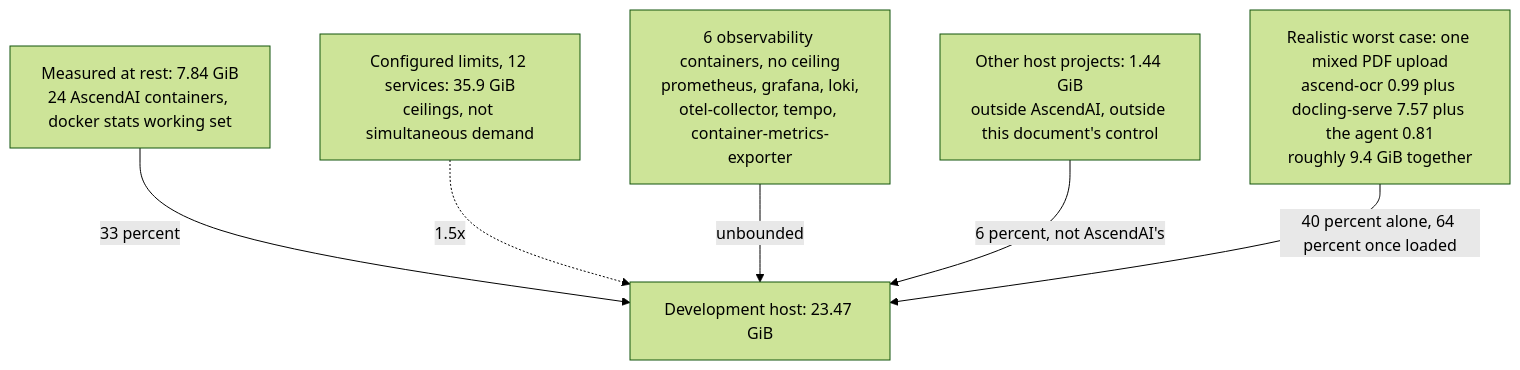
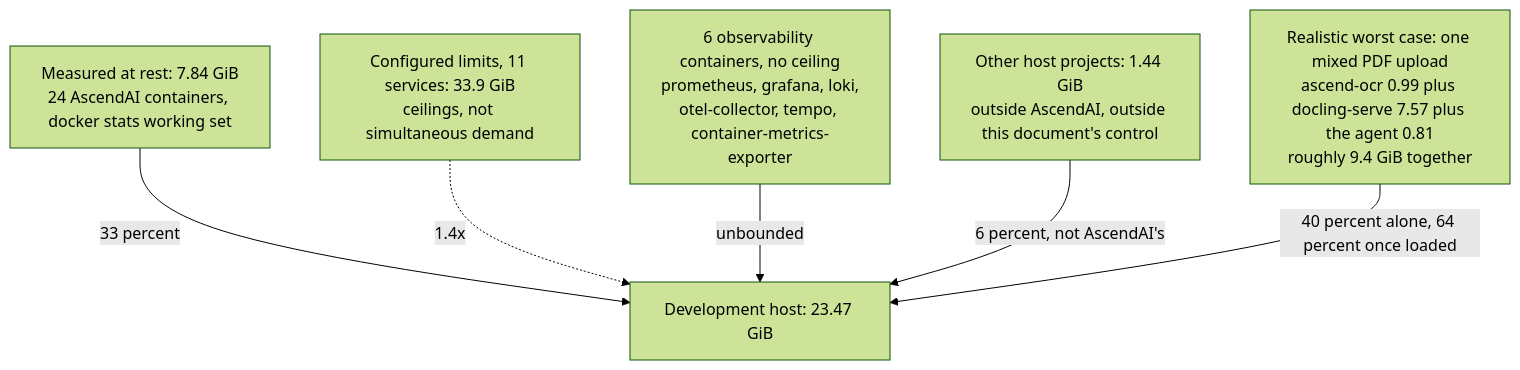
One commit to Lukk17/AscendAI changed the diagram in docs/architecture/memory-budget.md. Above: the diagram before and after it, drawn with Mermaid (forest theme). The commit also changed other lines of this file and 17 other files, not shown here.

````diff
--- a/docs/architecture/memory-budget.md
+++ b/docs/architecture/memory-budget.md
@@ -265,18 +265,18 @@
 ```mermaid
 graph TB
     accTitle: AscendAI memory budget against host capacity
-    accDescr: The 23.47 GiB development host measures 7.84 GiB of resting usage across AscendAI's own 24 containers, plans against 35.9 GiB of configured container limits, carries 6 containers with no configured ceiling, and faces a realistic worst case of roughly 9.4 GiB from a single document upload, which fits the host on its own and on top of the 5.65 GiB the rest of the host holds at rest.
+    accDescr: The 23.47 GiB development host measures 7.84 GiB of resting usage across AscendAI's own 24 containers, plans against 33.9 GiB of configured container limits, carries 6 containers with no configured ceiling, and faces a realistic worst case of roughly 9.4 GiB from a single document upload, which fits the host on its own and on top of the 5.65 GiB the rest of the host holds at rest.
 
     Idle["Measured at rest: 7.84 GiB<br/>24 AscendAI containers, docker stats working set"]
-    Limits["Configured limits, 12 services: 35.9 GiB<br/>ceilings, not simultaneous demand"]
+    Limits["Configured limits, 11 services: 33.9 GiB<br/>ceilings, not simultaneous demand"]
     Uncapped["6 observability containers, no ceiling<br/>prometheus, grafana, loki,<br/>otel-collector, tempo, container-metrics-exporter"]
     External["Other host projects: 1.44 GiB<br/>outside AscendAI, outside this document's control"]
     Realistic["Realistic worst case: one mixed PDF upload<br/>ascend-ocr 0.99 plus docling-serve 7.57 plus the agent 0.81<br/>roughly 9.4 GiB together"]
     Host["Development host: 23.47 GiB"]
 
     Idle -->|33 percent| Host
-    Limits -.->|1.5x| Host
+    Limits -.->|1.4x| Host
     Uncapped -->|unbounded| Host
     External -->|6 percent, not AscendAI's| Host
     Realistic -->|40 percent alone, 64 percent once loaded| Host
 ```
````
